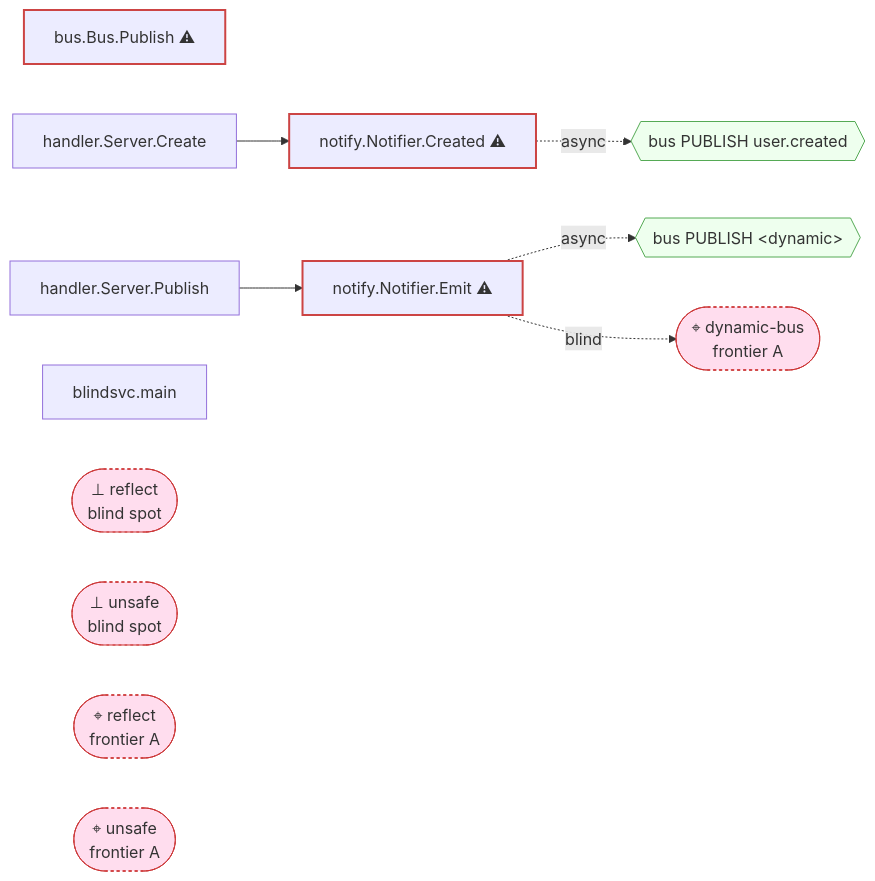
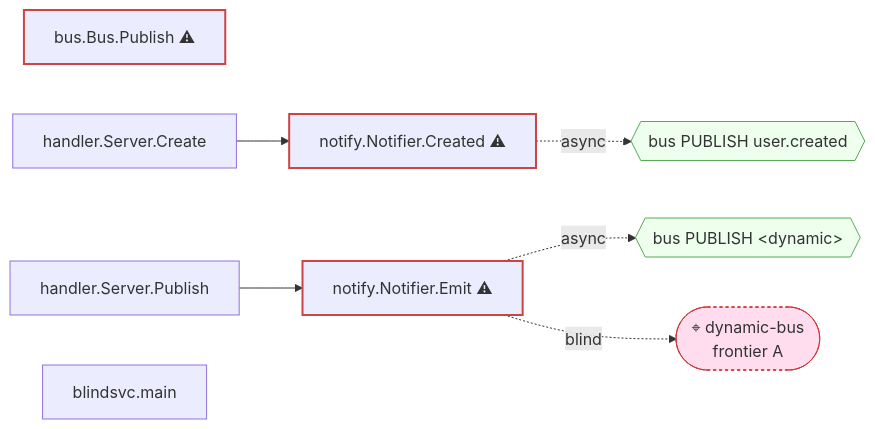
Before and after one commit to jyang234/verdi-go: the diagram in testdata/groundwork/goldens/blindsvc.callgraph.md, drawn with Mermaid. The commit also changed 5 other files, not shown here.

````diff
--- a/testdata/groundwork/goldens/blindsvc.callgraph.md
+++ b/testdata/groundwork/goldens/blindsvc.callgraph.md
@@ -1,28 +1,25 @@
 ```mermaid
 flowchart LR
     %% static call graph — scope: whole graph; algo: rta
     %% 5 first-party nodes above tier 2 hidden as plumbing; pass --show-plumbing to include
+    %% 4 blind spot/markers on hidden plumbing omitted; pass --all-blind-spots to include
     bus_Bus_Publish["bus.Bus.Publish ⚠"]:::fallible
     handler_Server_Create["handler.Server.Create"]
     handler_Server_Publish["handler.Server.Publish"]
     notify_Notifier_Created["notify.Notifier.Created ⚠"]:::fallible
     notify_Notifier_Emit["notify.Notifier.Emit ⚠"]:::fallible
     blindsvc_main["blindsvc.main"]
     bus_bus_PUBLISH_user_created{{"bus PUBLISH user.created"}}:::bus
     bus_bus_PUBLISH__dynamic_{{"bus PUBLISH &lt;dynamic&gt;"}}:::bus
-    blind_reflect(["⊥ reflect<br/>blind spot"]):::blind
-    blind_unsafe(["⊥ unsafe<br/>blind spot"]):::blind
     frontier_dynamic_bus(["⌖ dynamic-bus<br/>frontier A"]):::blind
-    frontier_reflect(["⌖ reflect<br/>frontier A"]):::blind
-    frontier_unsafe(["⌖ unsafe<br/>frontier A"]):::blind
     handler_Server_Create --> notify_Notifier_Created
     handler_Server_Publish --> notify_Notifier_Emit
     notify_Notifier_Created -. async .-> bus_bus_PUBLISH_user_created
     notify_Notifier_Emit -. async .-> bus_bus_PUBLISH__dynamic_
     notify_Notifier_Emit -. blind .-> frontier_dynamic_bus
     classDef fallible stroke:#c44,stroke-width:2px
     classDef db fill:#eef,stroke:#66a
     classDef bus fill:#efe,stroke:#5a5
     classDef external fill:#fef6e8,stroke:#c93
     classDef blind fill:#fde,stroke:#c33,stroke-dasharray:3 3
 ```
````
